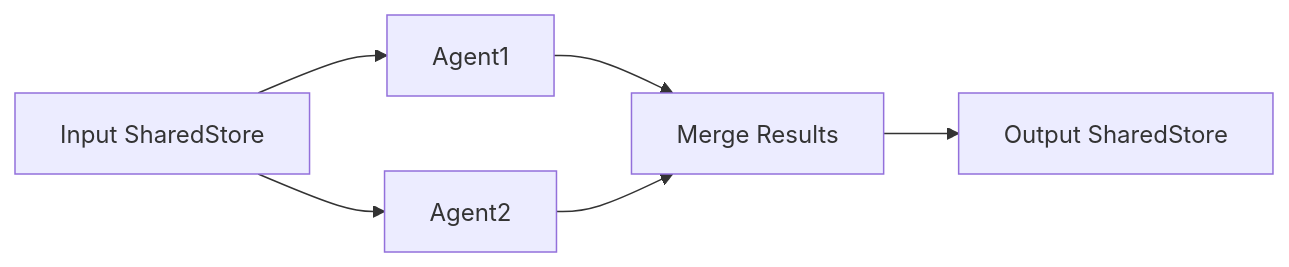
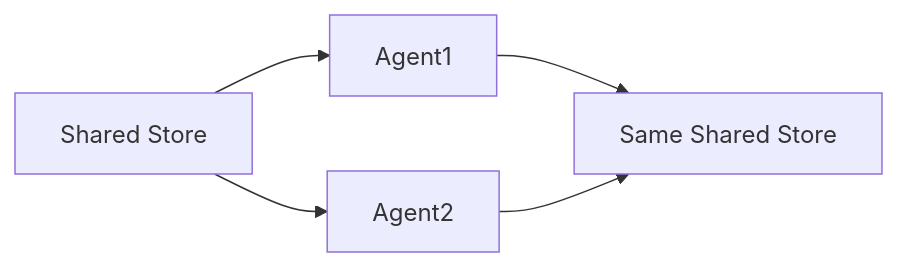
Before and after one commit to EzekTec-Inc/AgentFlow: the fourth of 8 diagrams in README.md, drawn with Mermaid. The commit also changed other lines of this file and 1 other file, not shown here.

Commit message:
PR2: Architectural Consistency - Update MultiAgent docs, document action key, fix Workflow::call

````diff
--- a/README.md
+++ b/README.md
@@ -160,8 +162,7 @@
 ```mermaid
 flowchart LR
-    InputStore[Input SharedStore] --> Agent1
+    InputStore[Shared Store] --> Agent1
     InputStore --> Agent2
-    Agent1 --> Merge[Merge Results]
-    Agent2 --> Merge
-    Merge --> OutputStore[Output SharedStore]
+    Agent1 --> OutputStore[Same Shared Store]
+    Agent2 --> OutputStore
 ```
````
